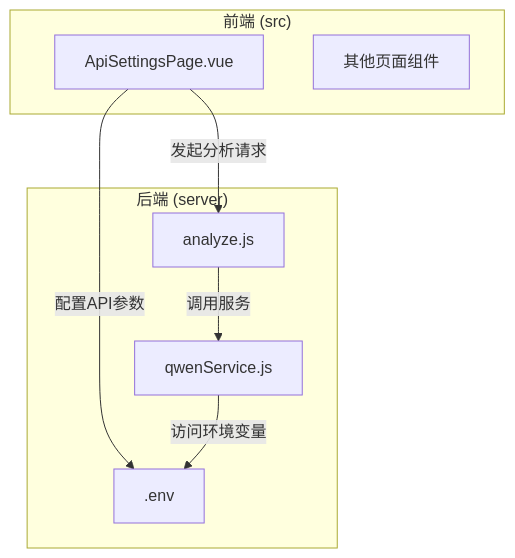
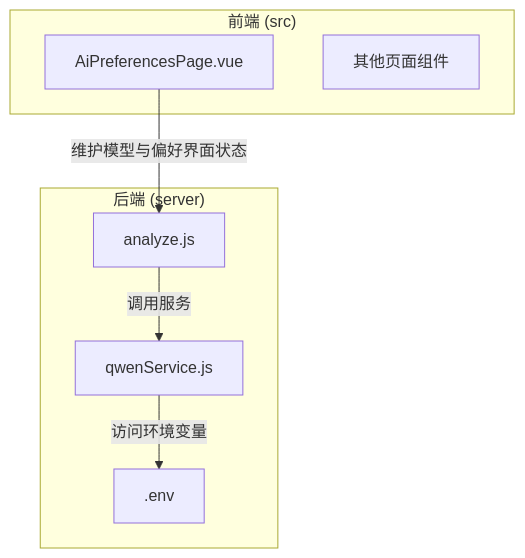
Before and after one commit to xingranya/CervixDetectAI: the first of 5 diagrams in wiki/后端架构/外部集成/通义千问AI集成.md, drawn with Mermaid. The commit also changed other lines of this file and 9 other files, not shown here.

````diff
--- a/wiki/后端架构/外部集成/通义千问AI集成.md
+++ b/wiki/后端架构/外部集成/通义千问AI集成.md
@@ -26,16 +26,15 @@
 ```mermaid
 graph TB
 subgraph "前端 (src)"
-A[ApiSettingsPage.vue]
+A[AiPreferencesPage.vue]
 B[其他页面组件]
 end
 subgraph "后端 (server)"
 C[qwenService.js]
 D[analyze.js]
 E[.env]
 end
-A --> |配置API参数| E
-A --> |发起分析请求| D
+A --> |维护模型与偏好界面状态| D
 D --> |调用服务| C
 C --> |访问环境变量| E
 ```
````
